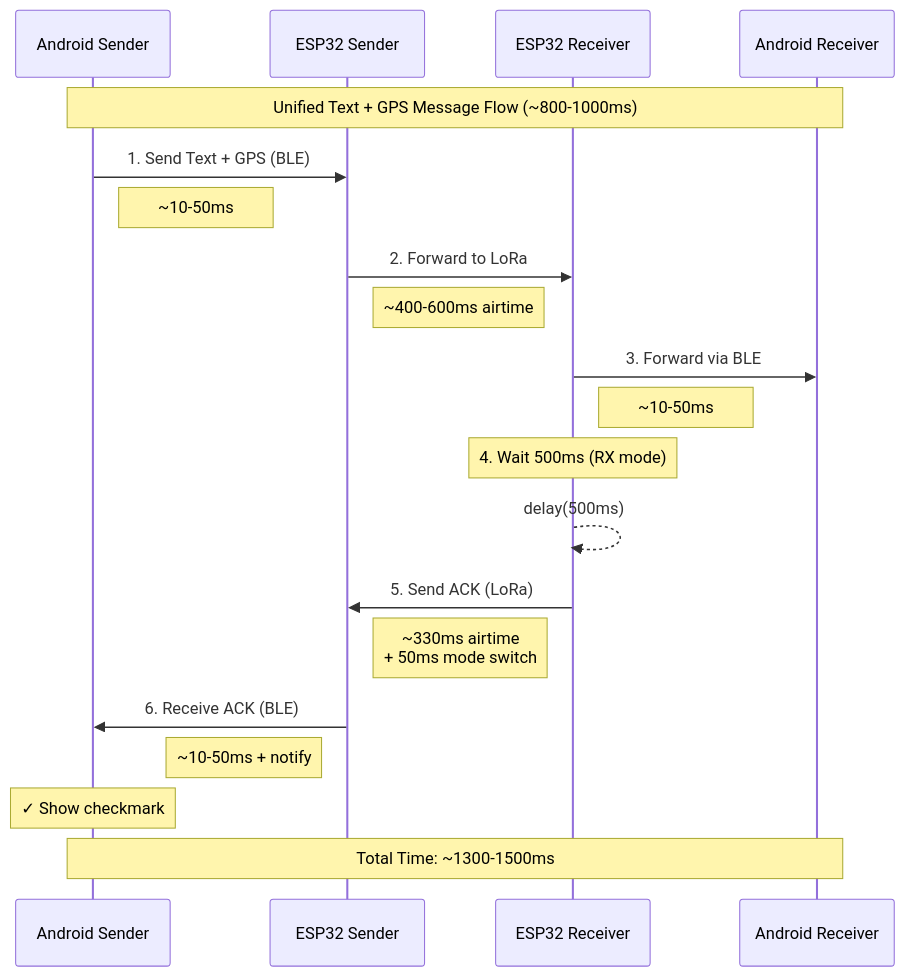
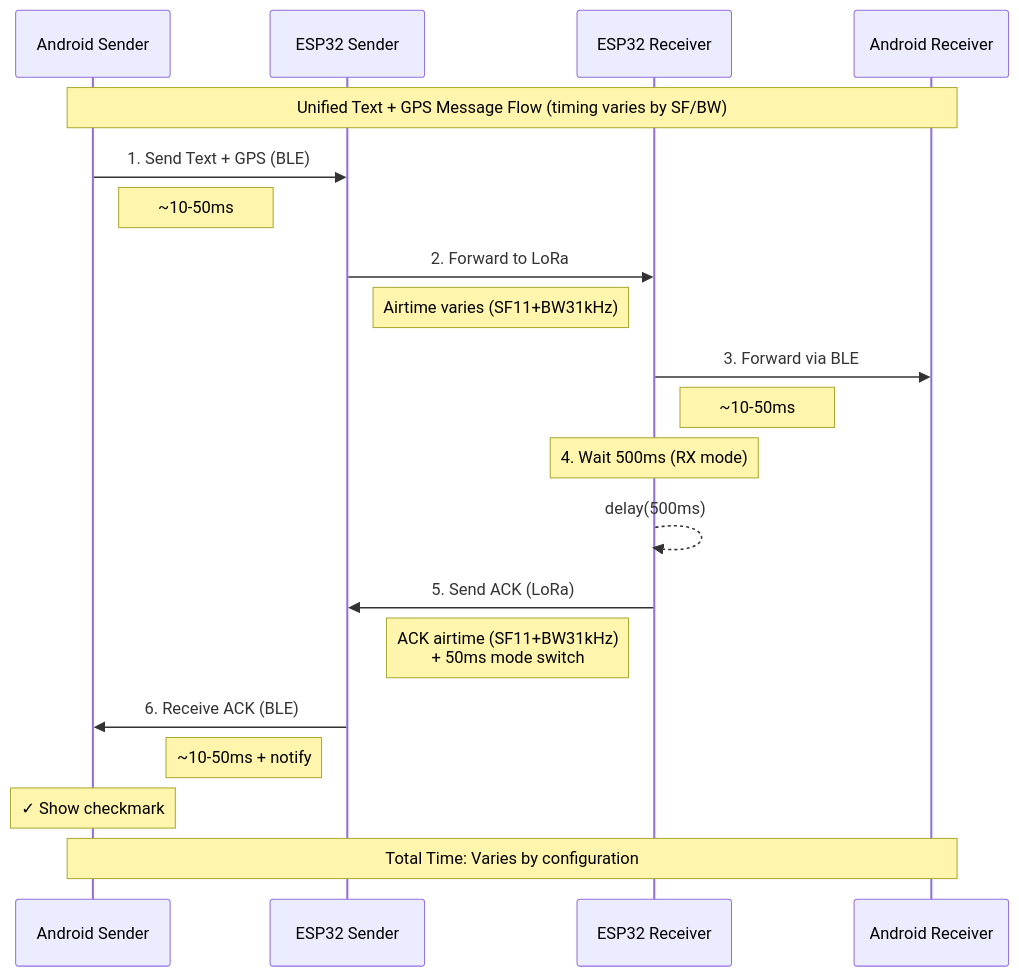
The second of 3 diagrams in README.md (psytraxx/android-lora-ble-bridge), drawn with Mermaid before and after one commit. The commit also changed other lines of this file and 1 other file, not shown here.

````diff
--- a/README.md
+++ b/README.md
@@ -201,31 +200,31 @@
 ```mermaid
 sequenceDiagram
     participant AS as Android Sender
     participant ES as ESP32 Sender
     participant ER as ESP32 Receiver
     participant AR as Android Receiver
 
-    Note over AS,AR: Unified Text + GPS Message Flow (~800-1000ms)
-    
+    Note over AS,AR: Unified Text + GPS Message Flow (timing varies by SF/BW)
+
     AS->>ES: 1. Send Text + GPS (BLE)
     Note right of AS: ~10-50ms
-    
+
     ES->>ER: 2. Forward to LoRa
-    Note right of ES: ~400-600ms airtime
+    Note right of ES: Airtime varies (SF11+BW31kHz)
     
     ER->>AR: 3. Forward via BLE
     Note right of ER: ~10-50ms
     
     Note over ER: 4. Wait 500ms (RX mode)
     ER-->>ER: delay(500ms)
     
     ER->>ES: 5. Send ACK (LoRa)
-    Note left of ER: ~330ms airtime<br/>+ 50ms mode switch
-    
+    Note left of ER: ACK airtime (SF11+BW31kHz)<br/>+ 50ms mode switch
+
     ES->>AS: 6. Receive ACK (BLE)
     Note left of ES: ~10-50ms + notify
-    
+
     Note over AS: ✓ Show checkmark
-    
-    Note over AS,AR: Total Time: ~1300-1500ms
+
+    Note over AS,AR: Total Time: Varies by configuration
 ```
````
